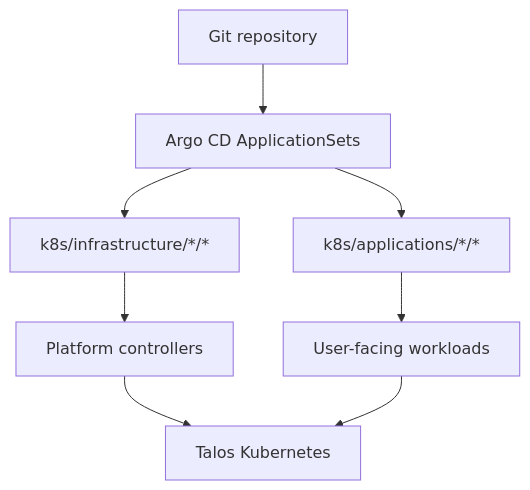
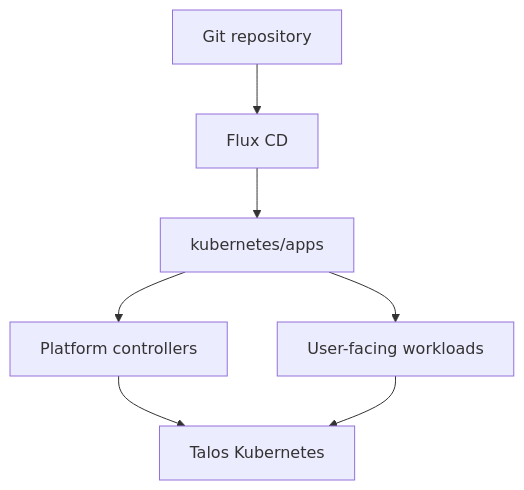
Before and after one commit to eudaldgr/homelab: the diagram in README.md, drawn with Mermaid. The commit also changed other lines of this file and 3 other files, not shown here.

Commit message:
chore: remove Argo CD related configurations and scripts, update README for Flux CD

````diff
--- a/README.md
+++ b/README.md
@@ -97,10 +93,9 @@
 ```mermaid
 flowchart TD
-  repo["Git repository"] --> appsets["Argo CD ApplicationSets"]
-  appsets --> applications["k8s/applications/*/*"]
-  appsets --> infrastructure["k8s/infrastructure/*/*"]
-  infrastructure --> platform["Platform controllers"]
+  repo["Git repository"] --> flux["Flux CD"]
+  flux --> applications["kubernetes/apps"]
+  applications --> platform["Platform controllers"]
   applications --> workloads["User-facing workloads"]
   platform --> cluster["Talos Kubernetes"]
   workloads --> cluster
 ```
````
